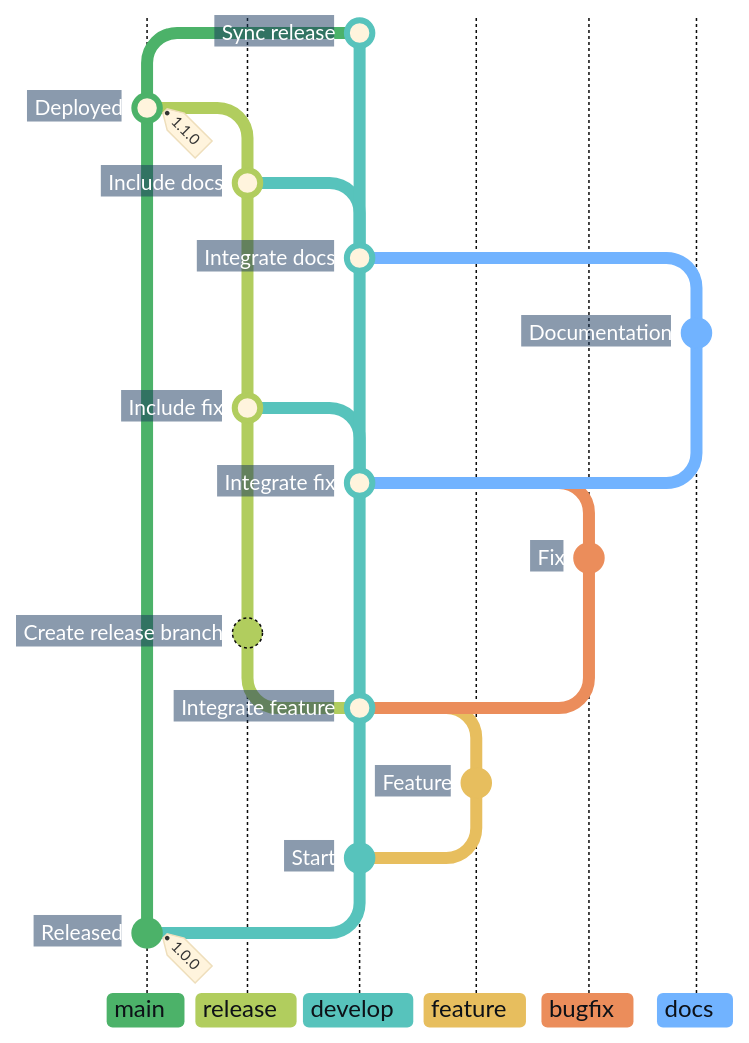
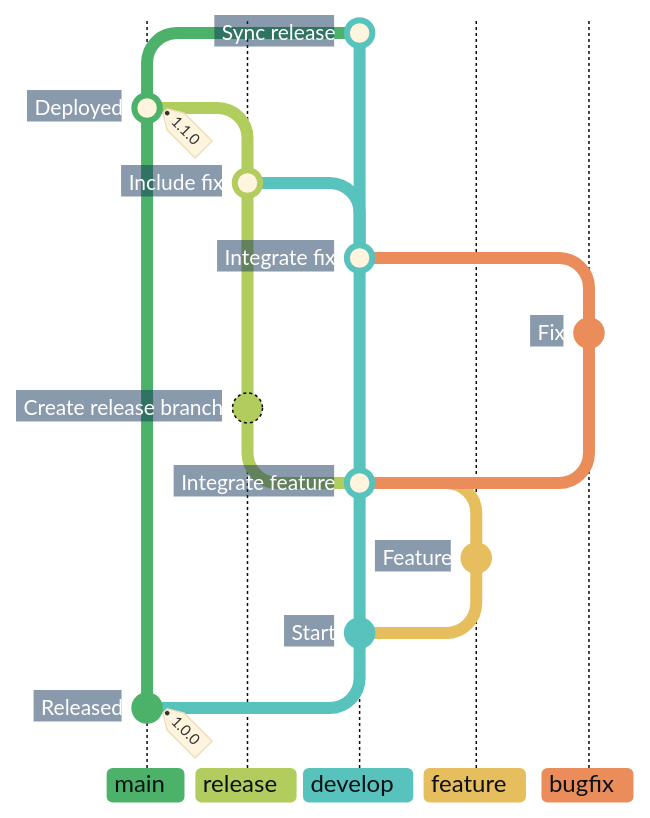
The first of 3 diagrams in docs/adr/cicd.md (superhero/operations.superduper.solutions), drawn with Mermaid before and after one commit. The commit also changed other lines of this file, not shown here.

Commit message:
docs: give documentation branches a dedicated Git graph

````diff
--- a/docs/adr/cicd.md
+++ b/docs/adr/cicd.md
@@ -51,40 +49,32 @@
 ```mermaid
 %%{init: {"theme": "base", "themeCSS": "line.branch { stroke: #8B949E; stroke-width: 1px; stroke-dasharray: 1 4; stroke-linecap: round; } .branchLabel, .tag-label { font-weight: 700; } .branchLabelBkg, .tag-label-bkg, .commit-label-bkg { opacity: 0.9; } .tag-label-bkg { fill: #B8E6C4; stroke: #8ED3A2; } .branchLabelBkg { clip-path: inset(0 8px 0 0 round 4px) fill-box; } .commit-labels g:nth-last-of-type(-n+2) { visibility: hidden; } .commit-labels g { transform-box: fill-box; transform-origin: calc(100% + 17px) calc(50% + 2px); transform: rotate(-10deg); } .commit-label { font-weight: 700; transform: translateX(-8px); } .commit-label-bkg { stroke: #17365D; stroke-width: 20px; transform: translateX(-5px); clip-path: polygon(-4px -4px, calc(100% + 4px) -4px, calc(100% + 10px) 50%, calc(100% + 4px) calc(100% + 4px), -4px calc(100% + 4px)) fill-box; } .commit.branch { stroke: #B1CD5E; stroke-dasharray: none; }", "gitGraph": {"showCommitLabel": true, "rotateCommitLabel": false}, "themeVariables": {
     "commitLabelFontSize": "14px", "commitLabelColor": "#FFFFFF", "commitLabelBackground": "#17365D",
     "git0": "#4CB269", "gitBranchLabel0": "#0D1117",
     "git1": "#B1CD5E", "gitBranchLabel1": "#0D1117",
     "git2": "#57C3BC", "gitBranchLabel2": "#0D1117",
     "git3": "#E7BE5E", "gitBranchLabel3": "#0D1117",
-    "git4": "#EB8D5B", "gitBranchLabel4": "#0D1117",
-    "git5": "#71B3FF", "gitBranchLabel5": "#0D1117"
+    "git4": "#EB8D5B", "gitBranchLabel4": "#0D1117"
 }}}%%
 gitGraph BT:
     %% In BT order, the last two label groups are the initial notes; the version tag stays visible.
     commit id: "Released" tag: "1.0.0"
     branch develop order: 2
     commit id: "Start"
     branch "feature" order: 3
     commit id: "Feature"
     checkout develop
     merge "feature" id: "Integrate feature"
     branch "release" order: 1
     commit id: "Create release branch"
     checkout develop
     branch "bugfix" order: 4
     commit id: "Fix"
     checkout develop
     merge "bugfix" id: "Integrate fix"
     checkout "release"
     merge develop id: "Include fix"
-    checkout develop
-    branch "docs" order: 5
-    commit id: "Documentation"
-    checkout develop
-    merge "docs" id: "Integrate docs"
-    checkout "release"
-    merge develop id: "Include docs"
     checkout main
     merge "release" id: "Deployed" tag: "1.1.0"
     checkout develop
     merge main id: "Sync release"
 ```
````
